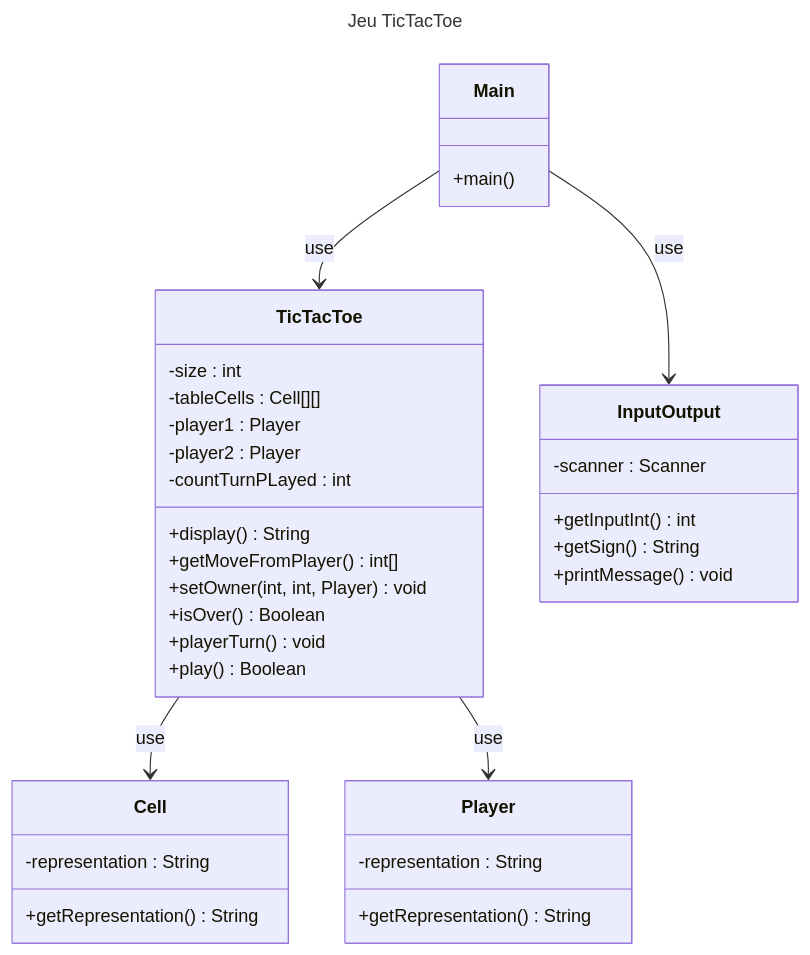
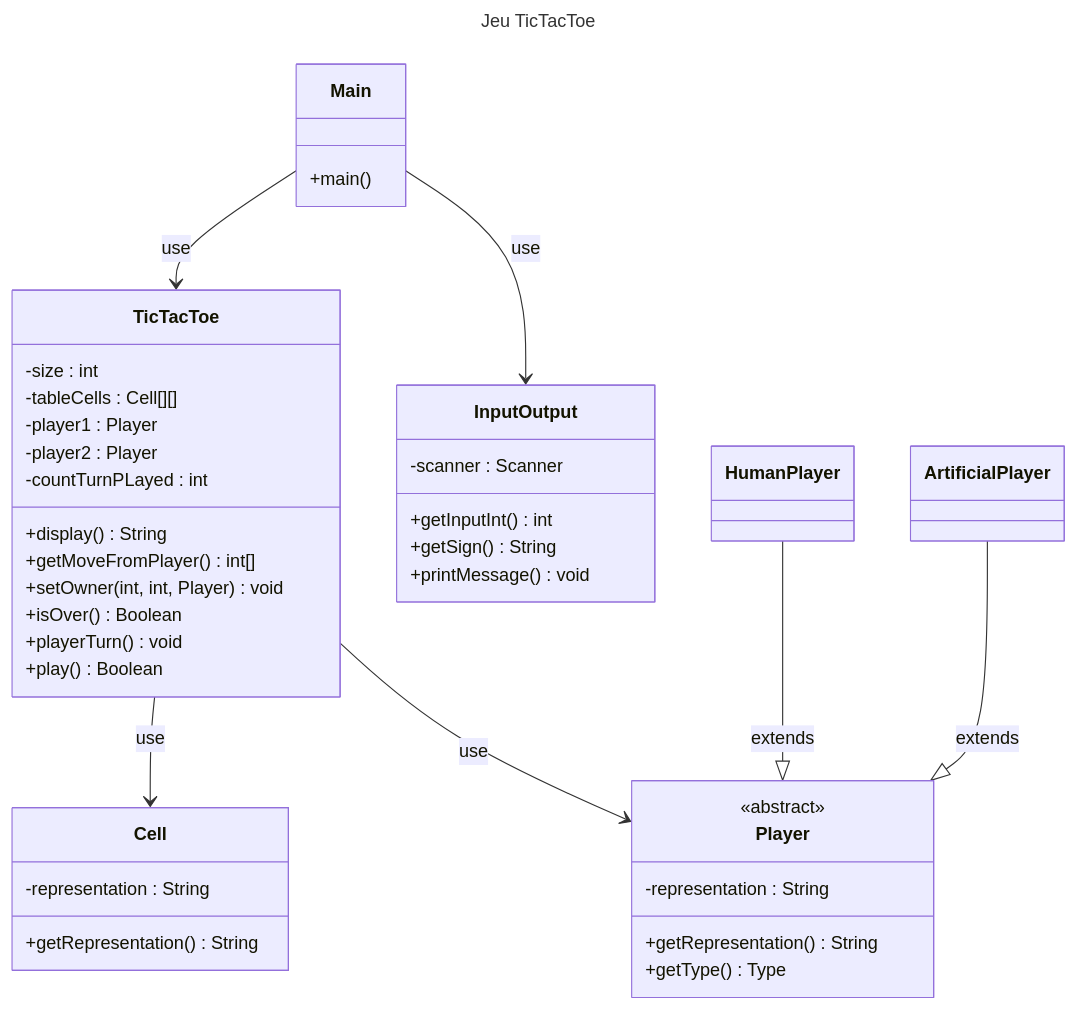
One commit to GeraudClmt/Square-Game changed the diagram in readme.md. Above: the diagram before and after it, drawn with Mermaid. The commit also changed 2 other files, not shown here.

````diff
--- a/readme.md
+++ b/readme.md
@@ -26,41 +26,51 @@
 ```mermaid
 ---
 title: Jeu TicTacToe
 ---
 classDiagram
 		TicTacToe --> Cell : use
 		TicTacToe --> Player : use
 		Main --> TicTacToe : use
 		Main --> InputOutput : use
+		HumanPlayer --|> Player : extends
+        ArtificialPlayer --|> Player : extends
 		class Main{
 				+main()
 		}
     class Cell{
 		    -representation : String
         +getRepresentation()String
     }
     class TicTacToe{
 		    -size : int
 		    -tableCells : Cell[][]
 		    -player1 : Player
 		    -player2 : Player
 		    -countTurnPLayed : int
         +display() String
         +getMoveFromPlayer() int[]
         +setOwner(int, int, Player) void
         +isOver() Boolean
         +playerTurn() void
         +play() Boolean
     }
-    class Player{
+    class  Player{
+            <<abstract>>
 		    -representation : String
 		    +getRepresentation() String
+		    +getType() Type
     }
     class InputOutput{
 		    -scanner : Scanner
 		    +getInputInt() int
 		    +getSign() String
 		    +printMessage() void
 
     }
+    class HumanPlayer{
+        
+    }
+    class ArtificialPlayer{
+        
+    }
 ```
````
